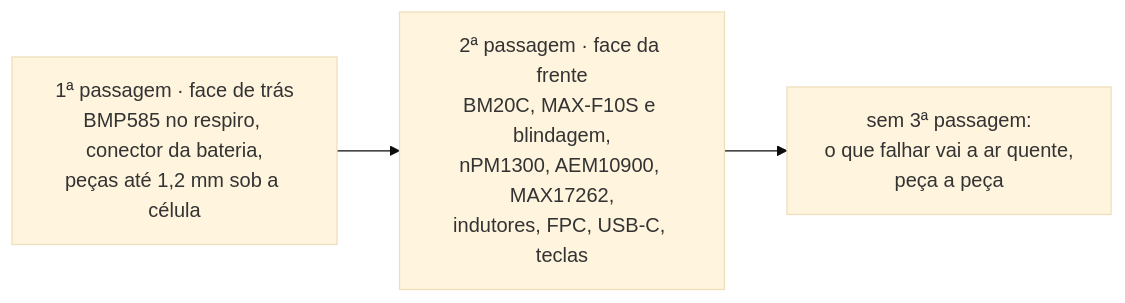
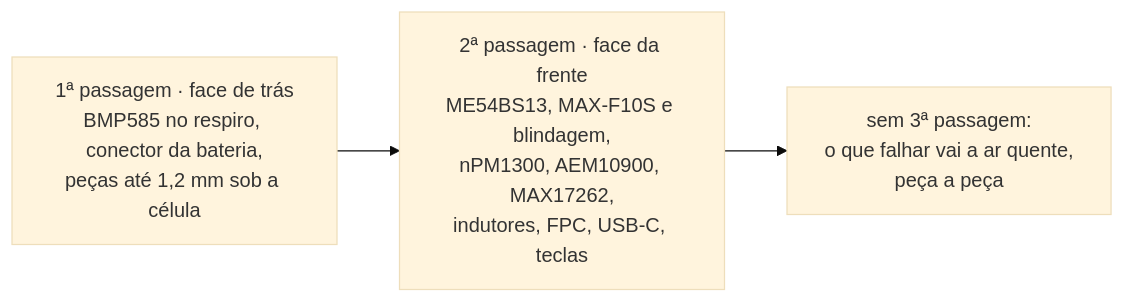
Before and after one commit to Guiimartinho/gnss-bike-computer: the third of 3 diagrams in hardware_gnssbike/04-pcb-e-caixa.md, drawn with Mermaid (base theme). The commit also changed other lines of this file and 11 other files, not shown here.

````diff
--- a/hardware_gnssbike/04-pcb-e-caixa.md
+++ b/hardware_gnssbike/04-pcb-e-caixa.md
@@ -525,5 +597,5 @@
 ```mermaid
 flowchart LR
-    P1["1ª passagem · face de trás<br/>BMP585 no respiro, conector da bateria,<br/>peças até 1,2 mm sob a célula"] --> P2["2ª passagem · face da frente<br/>BM20C, MAX-F10S e blindagem,<br/>nPM1300, AEM10900, MAX17262,<br/>indutores, FPC, USB-C, teclas"]
+    P1["1ª passagem · face de trás<br/>BMP585 no respiro, conector da bateria,<br/>peças até 1,2 mm sob a célula"] --> P2["2ª passagem · face da frente<br/>ME54BS13, MAX-F10S e blindagem,<br/>nPM1300, AEM10900, MAX17262,<br/>indutores, FPC, USB-C, teclas"]
     P2 --> P3["sem 3ª passagem:<br/>o que falhar vai a ar quente,<br/>peça a peça"]
 ```
````
